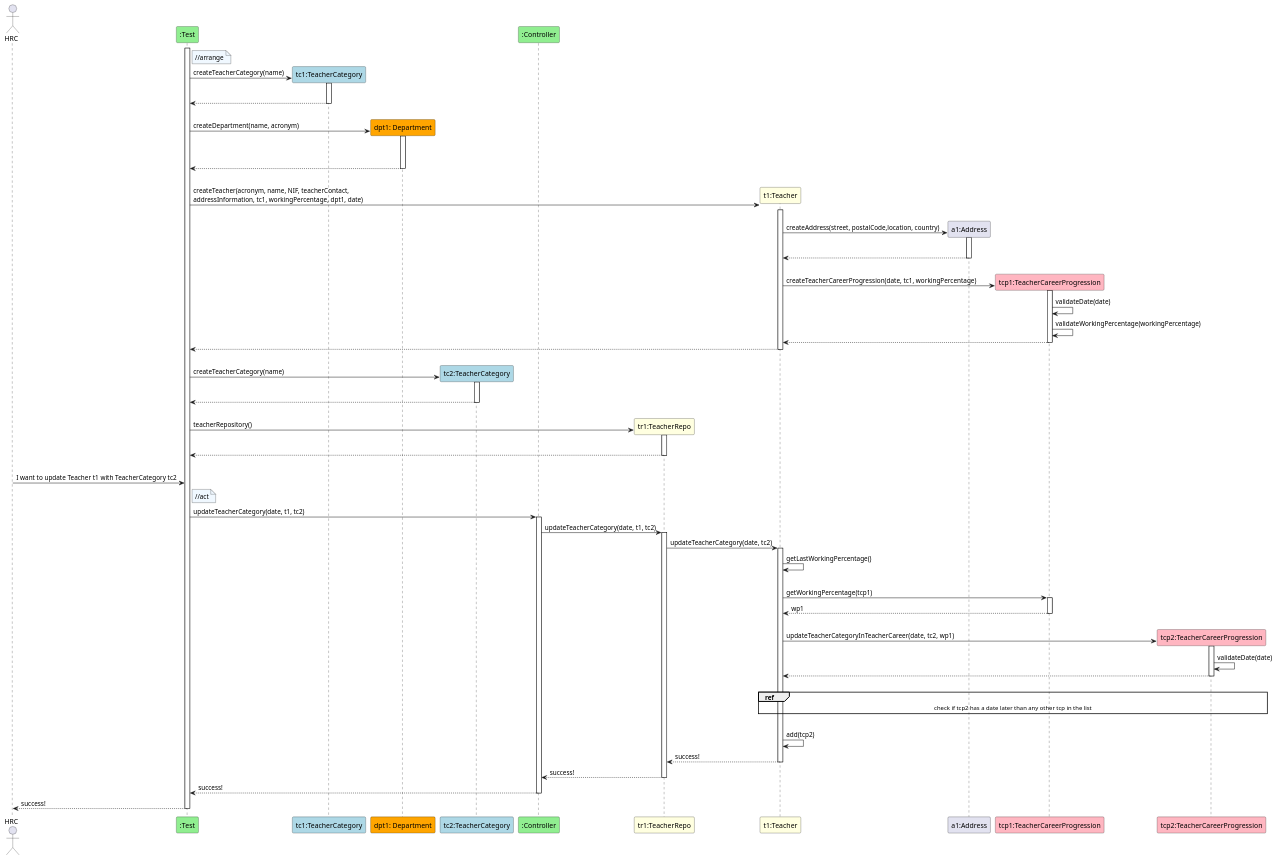
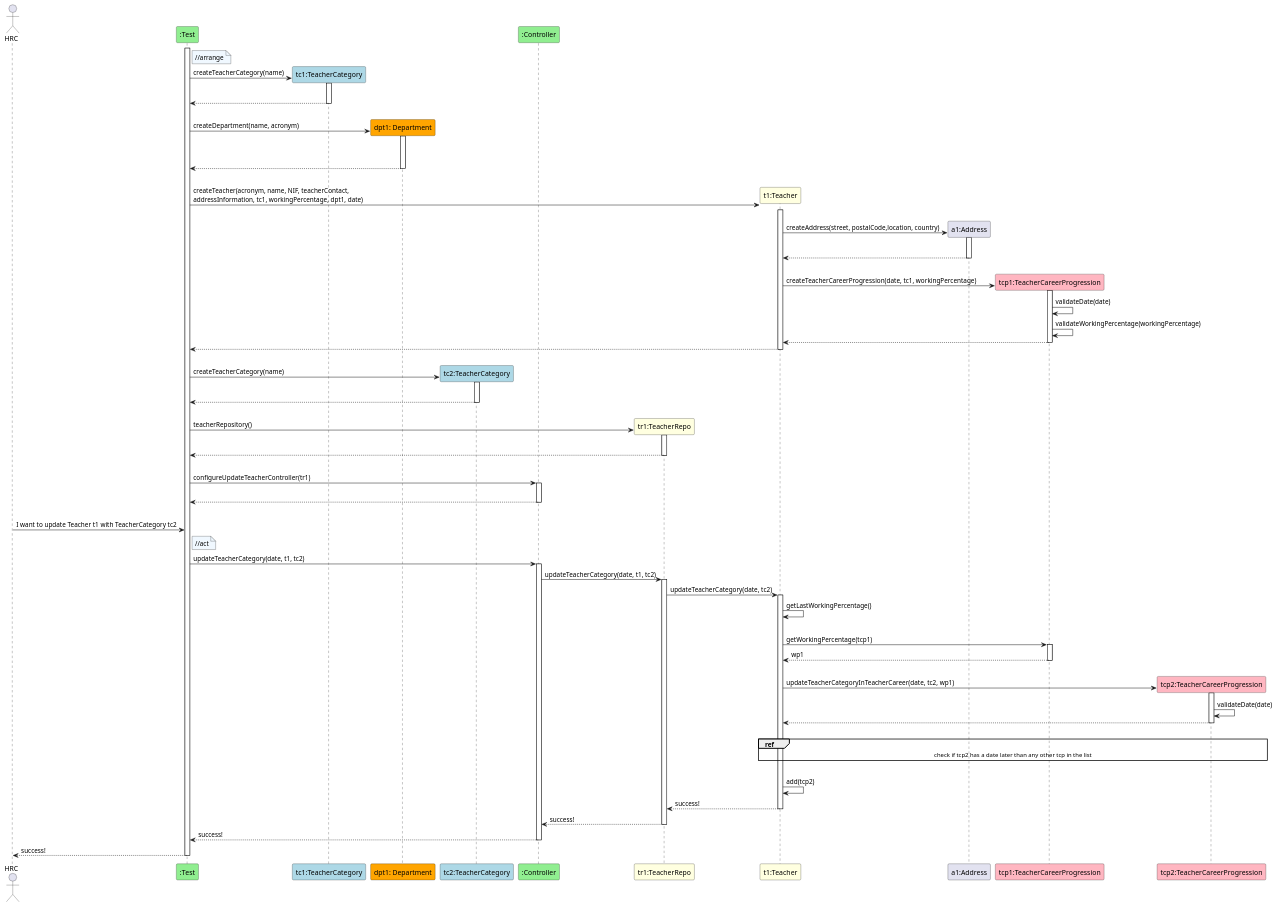
Before and after one commit to GasparISEP/DevOps-PAI: the diagram in docs/sequenceSystemDiagrams/US14/US14_UpdateTeachersCategoryInSystem.puml, drawn with PlantUML.

Commit message:
Added details to US14 Sequence Diagram

```diff
--- a/docs/sequenceSystemDiagrams/US14/US14_UpdateTeachersCategoryInSystem.puml
+++ b/docs/sequenceSystemDiagrams/US14/US14_UpdateTeachersCategoryInSystem.puml
@@ -1,103 +1,109 @@
 @startuml
 actor HRC
 participant ":Test" as TE #lightgreen
 participant "tc1:TeacherCategory" as TC #lightblue
 participant "dpt1: Department" as D #orange
 participant "tc2:TeacherCategory" as TC2 #lightblue
 participant ":Controller" as CTL #lightgreen
 participant "tr1:TeacherRepo" as TR #lightyellow
 participant "t1:Teacher" as T #lightyellow
 participant "a1:Address" as A
 participant "tcp1:TeacherCareerProgression" as TCP #lightpink
 participant "tcp2:TeacherCareerProgression" as TCP2 #lightpink
 
 
 
 note right TE #aliceblue
     //arrange
 end note
 activate TE
 'note right
 'end note
 TE -> TC**: createTeacherCategory(name)
 activate TC
 |||
 TC --> TE
 deactivate TC
 |||
 TE -> D**: createDepartment(name, acronym)
 |||
 activate D
 |||
 D --> TE
 
 deactivate D
 |||
 TE -> T**: createTeacher(acronym, name, NIF, teacherContact,\naddressInformation, tc1, workingPercentage, dpt1, date)
 activate T
 |||
 T -> A**: createAddress(street, postalCode,location, country)
 |||
 activate A
 A --> T
 deactivate A
 |||
 T -> TCP** : createTeacherCareerProgression(date, tc1, workingPercentage)
 activate TCP
 TCP -> TCP : validateDate(date)
 TCP -> TCP : validateWorkingPercentage(workingPercentage)
 TCP --> T
 deactivate TCP
 T --> TE
 |||
 deactivate T
 TE -> TC2** : createTeacherCategory(name)
 |||
 activate TC2
 TC2 --> TE
 |||
 deactivate TC2
 TE ->  TR**: teacherRepository()
 |||
 activate TR
 TR --> TE
 deactivate TR
 |||
+TE -> CTL : configureUpdateTeacherController(tr1)
+activate CTL
+|||
+CTL --> TE
+deactivate CTL
+|||
 HRC -> TE: I want to update Teacher t1 with TeacherCategory tc2
 note right TE #aliceblue
     //act
 end note
 TE -> CTL : updateTeacherCategory(date, t1, tc2)
 activate CTL
 CTL -> TR : updateTeacherCategory(date, t1, tc2)
 activate TR
 TR -> T : updateTeacherCategory(date, tc2)
 activate T
 T -> T : getLastWorkingPercentage()
 |||
 T -> TCP : getWorkingPercentage(tcp1)
 activate TCP
 TCP --> T : wp1
 deactivate TCP
 |||
 T -> TCP2** : updateTeacherCategoryInTeacherCareer(date, tc2, wp1)
 activate TCP2
 TCP2 -> TCP2 : validateDate(date)
 TCP2 --> T
 deactivate TCP2
 |||
 ref over T, TCP2
     check if tcp2 has a date later than any other tcp in the list
 end ref
 |||
 T -> T : add(tcp2)
 T --> TR : success!
 deactivate T
 TR --> CTL : success!
 deactivate  TR
 CTL --> TE : success!
 deactivate CTL
 TE --> HRC : success!
 deactivate TE
 
 @enduml
```
